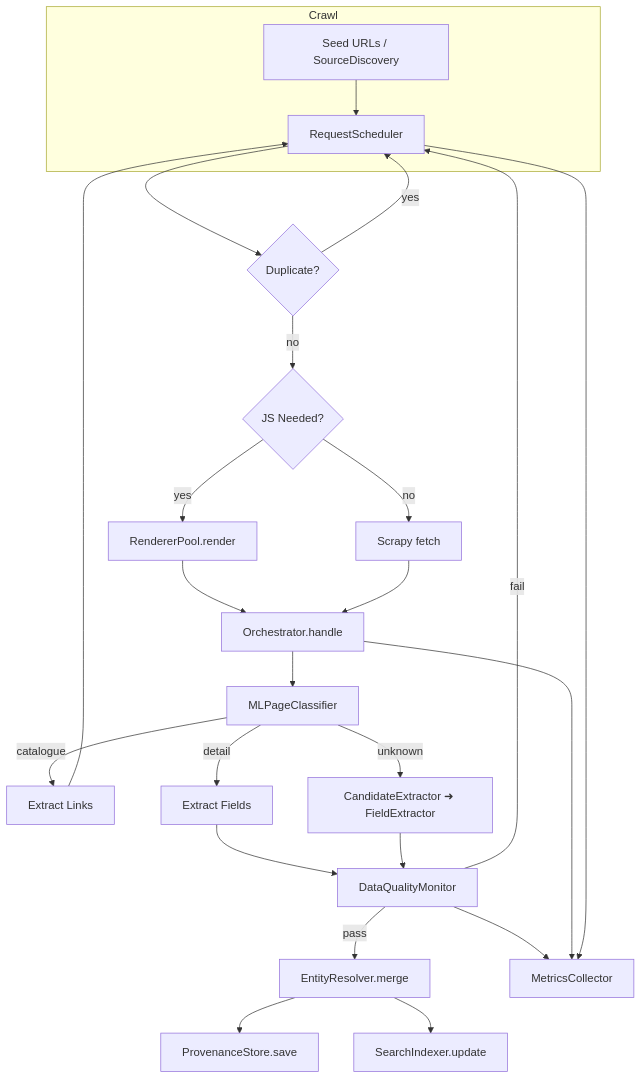
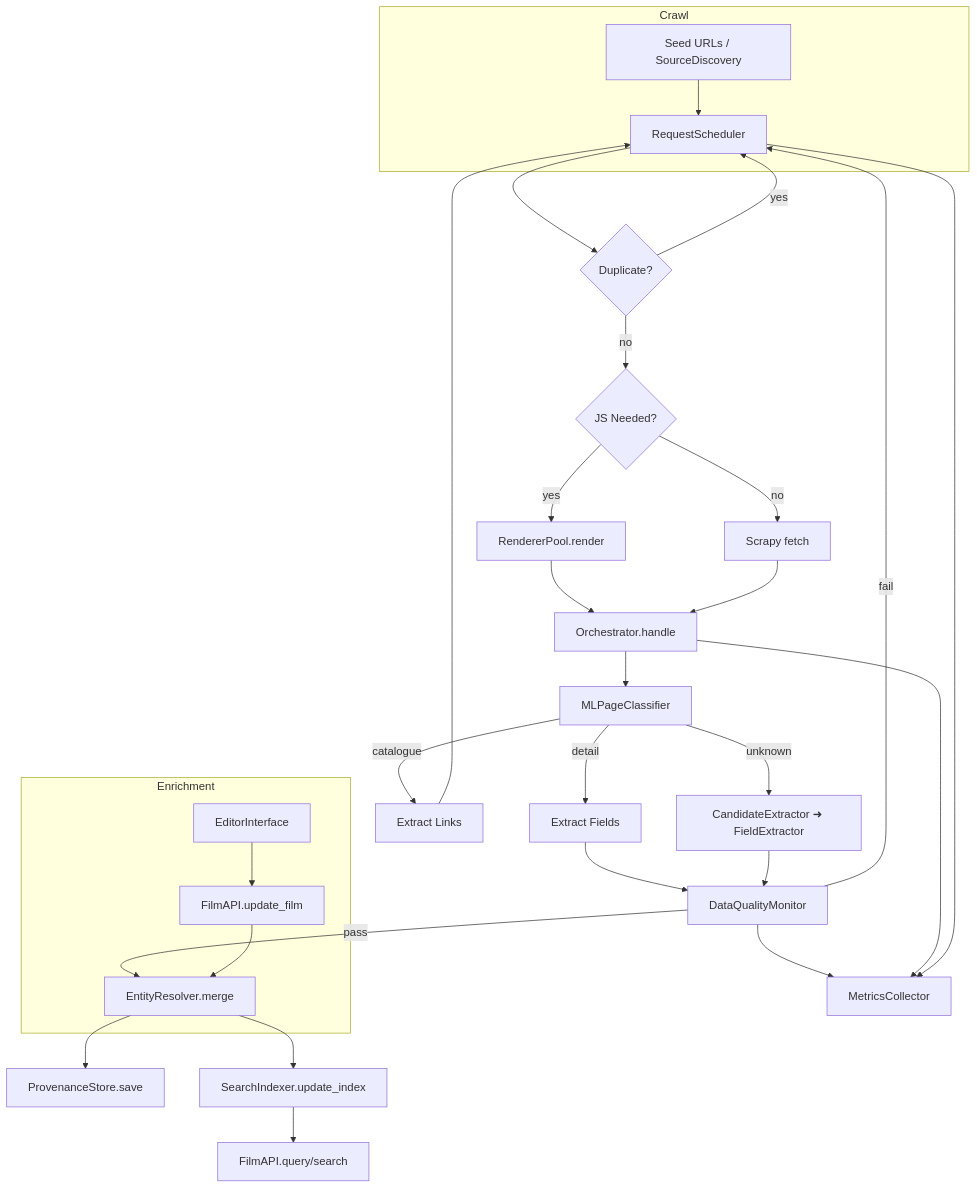
The fourth of 4 diagrams in docs/architecture.md (kaungkhantko/BRAWL-Burmese-movies-cRAWLer-), drawn with Mermaid before and after one commit. The commit also changed other lines of this file and 6 other files, not shown here.

Commit message:
Enhance project documentation and validation logic: update README, architecture, and requirements documents; improve year validation in MovieItem schema; add permissions to GitHub Actions workflow.

````diff
--- a/docs/architecture.md
+++ b/docs/architecture.md
@@ -239,28 +281,36 @@
 ```mermaid
 flowchart TD
     subgraph Crawl
         A0[Seed URLs / SourceDiscovery] --> A1[RequestScheduler]
     end
     A1 --> A2{Duplicate?}
     A2 -- yes --> A1
     A2 -- no --> A3{JS Needed?}
     A3 -- yes --> A4[RendererPool.render]
     A3 -- no --> A5[Scrapy fetch]
     A4 --> A6[Orchestrator.handle]
     A5 --> A6
 
     A6 --> B1[MLPageClassifier]
     B1 -->|catalogue| B2[Extract Links] --> A1
     B1 -->|detail| B3[Extract Fields] --> C1[DataQualityMonitor]
     B1 -->|unknown| B4[CandidateExtractor ➜ FieldExtractor] --> C1
 
     C1 -->|pass| D1[EntityResolver.merge]
     C1 -->|fail| A1
-
-    D1 --> E1[ProvenanceStore.save]
-    D1 --> E2[SearchIndexer.update]
-
     C1 --> F1[MetricsCollector]
     A6 --> F1
     A1 --> F1
+
+    D1 --> E1[ProvenanceStore.save]
+    D1 --> E2[SearchIndexer.update_index]
+
+    E2 --> G1[FilmAPI.query/search]
+
+    subgraph Enrichment
+        G2[EditorInterface] --> G3[FilmAPI.update_film]
+        %% merge updates into canonical items
+        G3 --> D1
+    end
+
 ```
````
